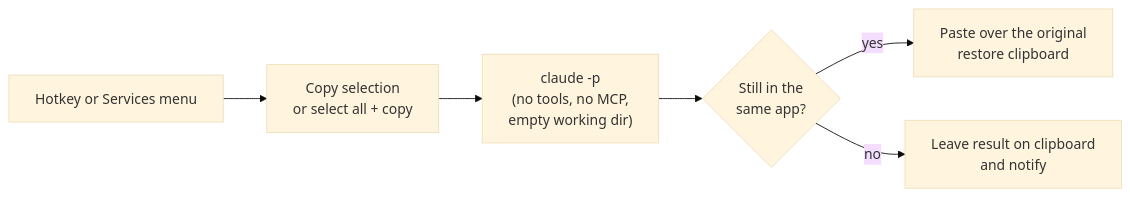
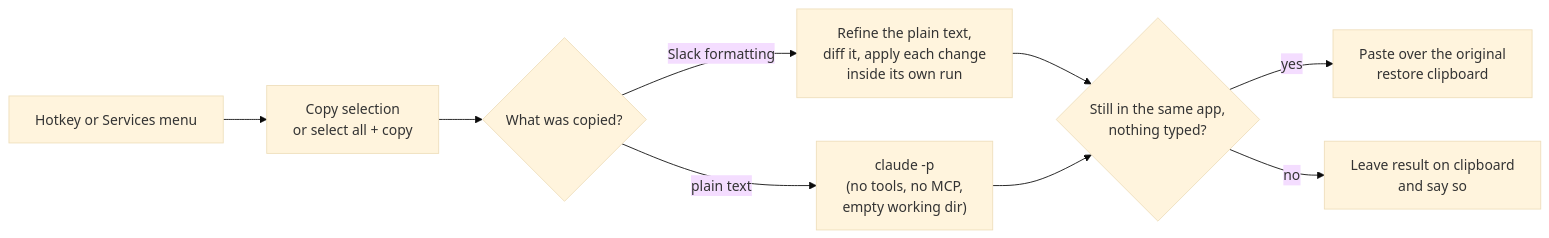
One commit to RuneStone0/refine-anywhere changed the diagram in README.md. Above: the diagram before and after it, drawn with Mermaid (base theme). The commit also changed other lines of this file and 8 other files, not shown here.

First line of the commit message:
Slack rich text, progress pill, faster native helpers

````diff
--- a/README.md
+++ b/README.md
@@ -28,8 +35,11 @@
 ```mermaid
 flowchart LR
     A[Hotkey or Services menu] --> B[Copy selection<br/>or select all + copy]
-    B --> C["claude -p<br/>(no tools, no MCP,<br/>empty working dir)"]
-    C --> D{Still in the<br/>same app?}
-    D -- yes --> E[Paste over the original<br/>restore clipboard]
-    D -- no --> F[Leave result on clipboard<br/>and notify]
+    B --> C{What was copied?}
+    C -- Slack formatting --> D[Refine the plain text,<br/>diff it, apply each change<br/>inside its own run]
+    C -- plain text --> E["claude -p<br/>(no tools, no MCP,<br/>empty working dir)"]
+    D --> F{Still in the same app,<br/>nothing typed?}
+    E --> F
+    F -- yes --> G[Paste over the original<br/>restore clipboard]
+    F -- no --> H[Leave result on clipboard<br/>and say so]
 ```
````
